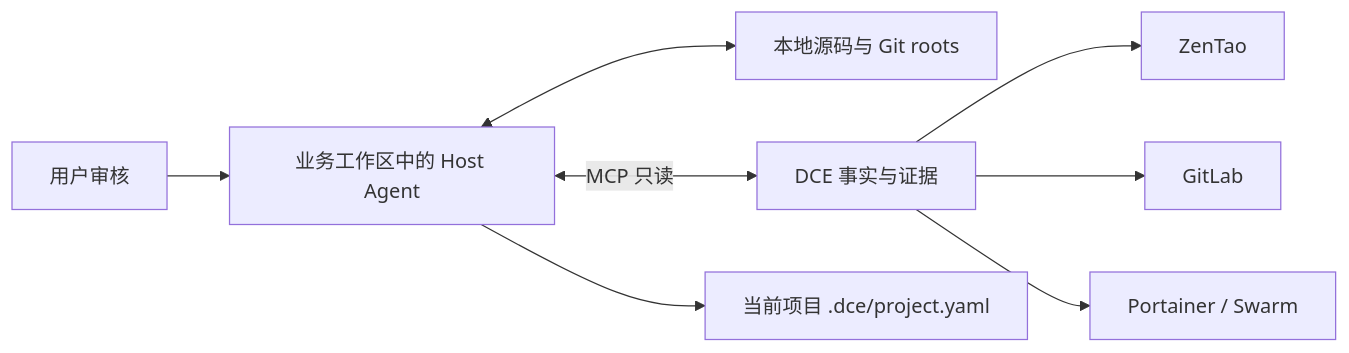
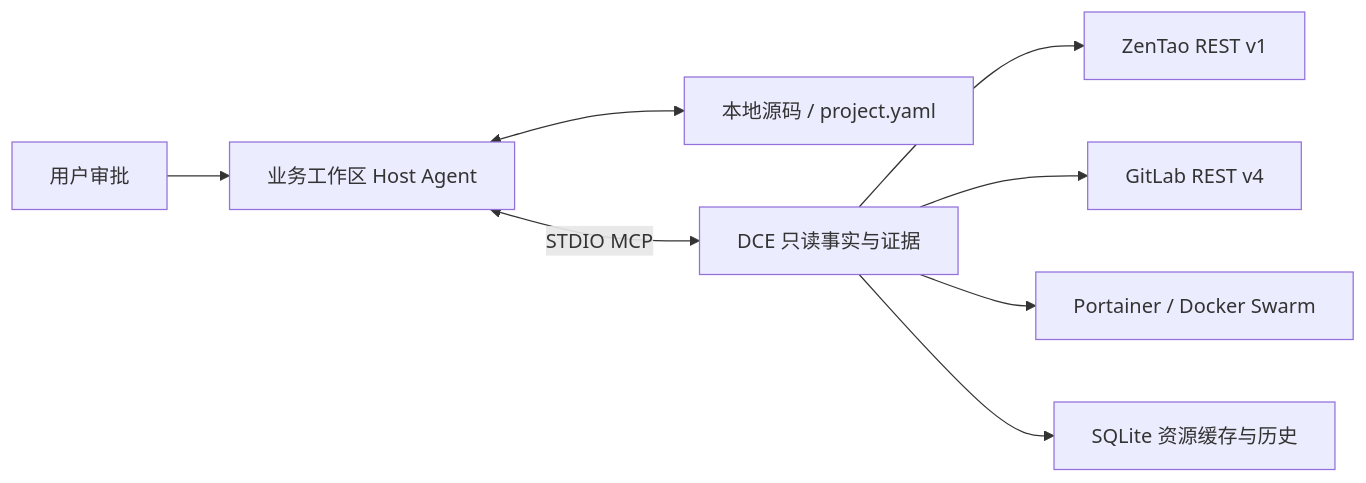
Before and after one commit to Garden12138/devops-context-engine: the diagram in README.md, drawn with Mermaid. The commit also changed other lines of this file and 10 other files, not shown here.

````diff
--- a/README.md
+++ b/README.md
@@ -21,10 +7,10 @@
 ```mermaid
 flowchart LR
-  U[用户审核] --> H[业务工作区中的 Host Agent]
-  H <--> W[本地源码与 Git roots]
-  H <-->|MCP 只读| D[DCE 事实与证据]
-  D --> Z[ZenTao]
-  D --> G[GitLab]
-  D --> P[Portainer / Swarm]
-  H --> Y[当前项目 .dce/project.yaml]
+  U[用户审批] --> H[业务工作区 Host Agent]
+  H <--> C[本地源码 / project.yaml]
+  H <-->|STDIO MCP| D[DCE 只读事实与证据]
+  D --> Z[ZenTao REST v1]
+  D --> G[GitLab REST v4]
+  D --> P[Portainer / Docker Swarm]
+  D --> S[SQLite 资源缓存与历史]
 ```
````
